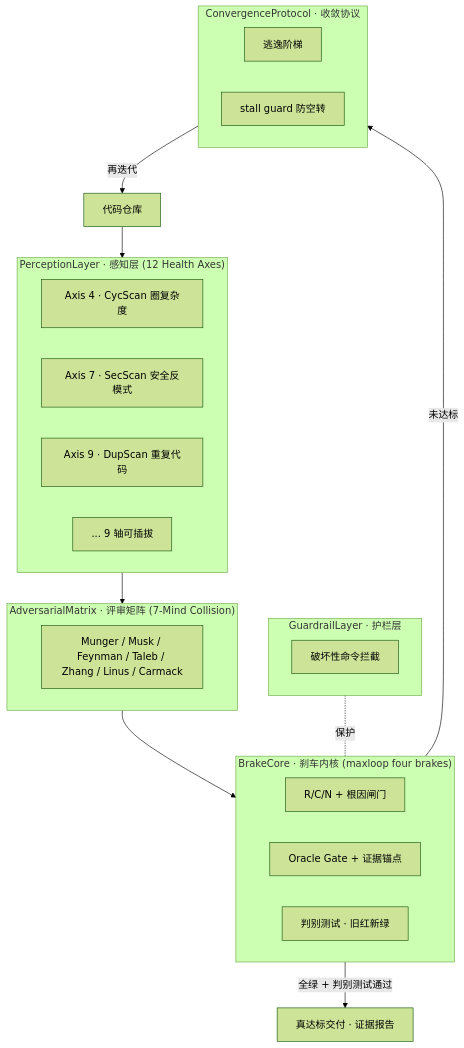
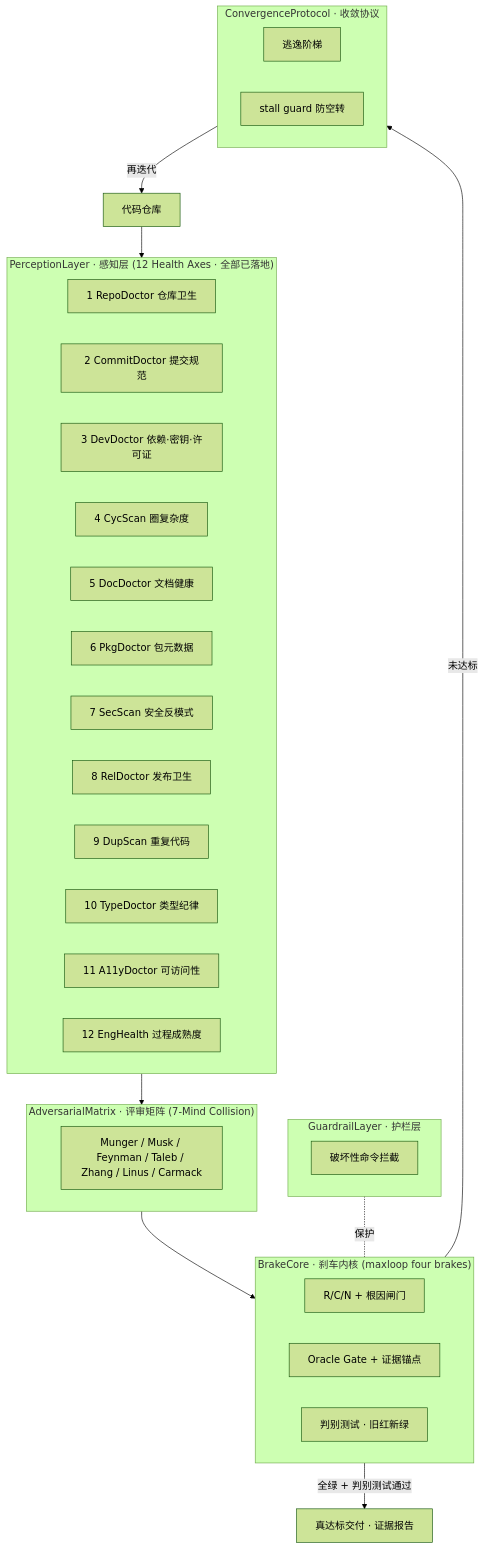
Before and after one commit to huanweide/codehealth-loop: the diagram in README.md, drawn with Mermaid (forest theme). The commit also changed other lines of this file and 16 other files, not shown here.

First line of the commit message:
feat: 12 轴感知层全落地（doctors 8 轴 + sec/cyc/dup + enghealth）

````diff
--- a/README.md
+++ b/README.md
@@ -40,30 +40,38 @@
 ```mermaid
 flowchart TB
-    subgraph PL["PerceptionLayer · 感知层 (12 Health Axes)"]
-        A1[Axis 4 · CycScan 圈复杂度]
-        A2[Axis 7 · SecScan 安全反模式]
-        A3[Axis 9 · DupScan 重复代码]
-        A4[... 9 轴可插拔]
+    subgraph PL["PerceptionLayer · 感知层 (12 Health Axes · 全部已落地)"]
+        A0[1 RepoDoctor 仓库卫生]
+        A1[2 CommitDoctor 提交规范]
+        A2[3 DevDoctor 依赖·密钥·许可证]
+        A3[4 CycScan 圈复杂度]
+        A4[5 DocDoctor 文档健康]
+        A5[6 PkgDoctor 包元数据]
+        A6[7 SecScan 安全反模式]
+        A7[8 RelDoctor 发布卫生]
+        A8[9 DupScan 重复代码]
+        A9[10 TypeDoctor 类型纪律]
+        A10[11 A11yDoctor 可访问性]
+        A11[12 EngHealth 过程成熟度]
     end
     subgraph AM["AdversarialMatrix · 评审矩阵 (7-Mind Collision)"]
         B1[Munger / Musk / Feynman / Taleb / Zhang / Linus / Carmack]
     end
     subgraph BC["BrakeCore · 刹车内核 (maxloop four brakes)"]
         C1[R/C/N + 根因闸门]
         C2[Oracle Gate + 证据锚点]
         C3[判别测试 · 旧红新绿]
     end
     subgraph GL["GuardrailLayer · 护栏层"]
         D1[破坏性命令拦截]
     end
     subgraph CP["ConvergenceProtocol · 收敛协议"]
         E1[逃逸阶梯]
         E2[stall guard 防空转]
     end
 
     IN[代码仓库] --> PL --> AM --> BC
     GL -. 保护 .- BC
     BC -->|未达标| CP
     CP -->|再迭代| IN
     BC -->|全绿 + 判别测试通过| OUT[真达标交付 · 证据报告]
 ```
````
